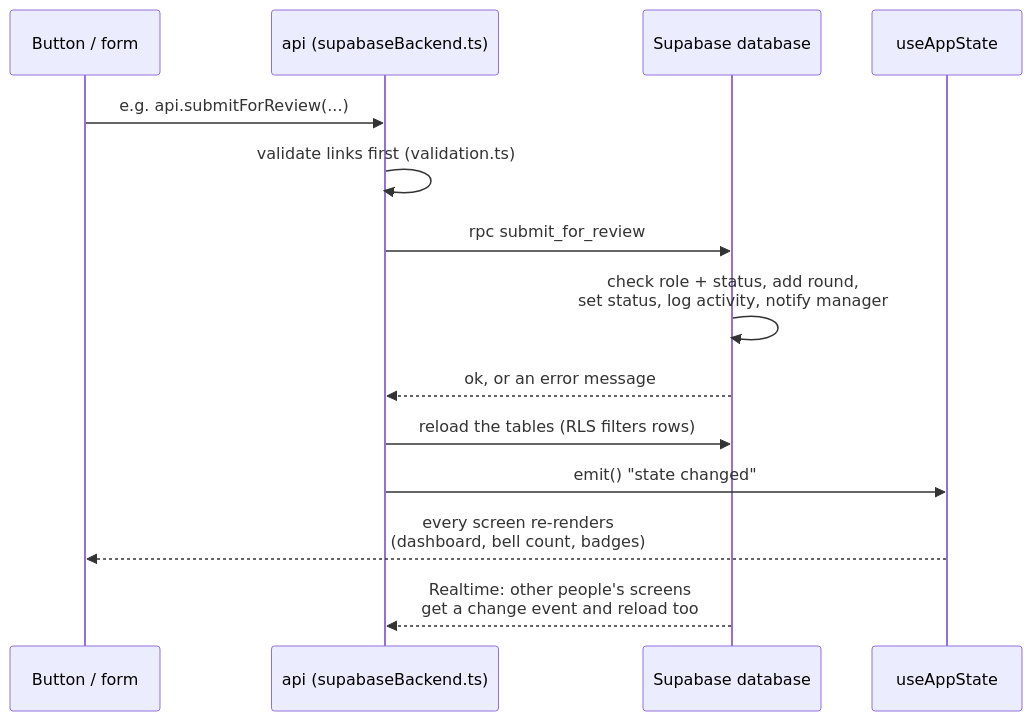
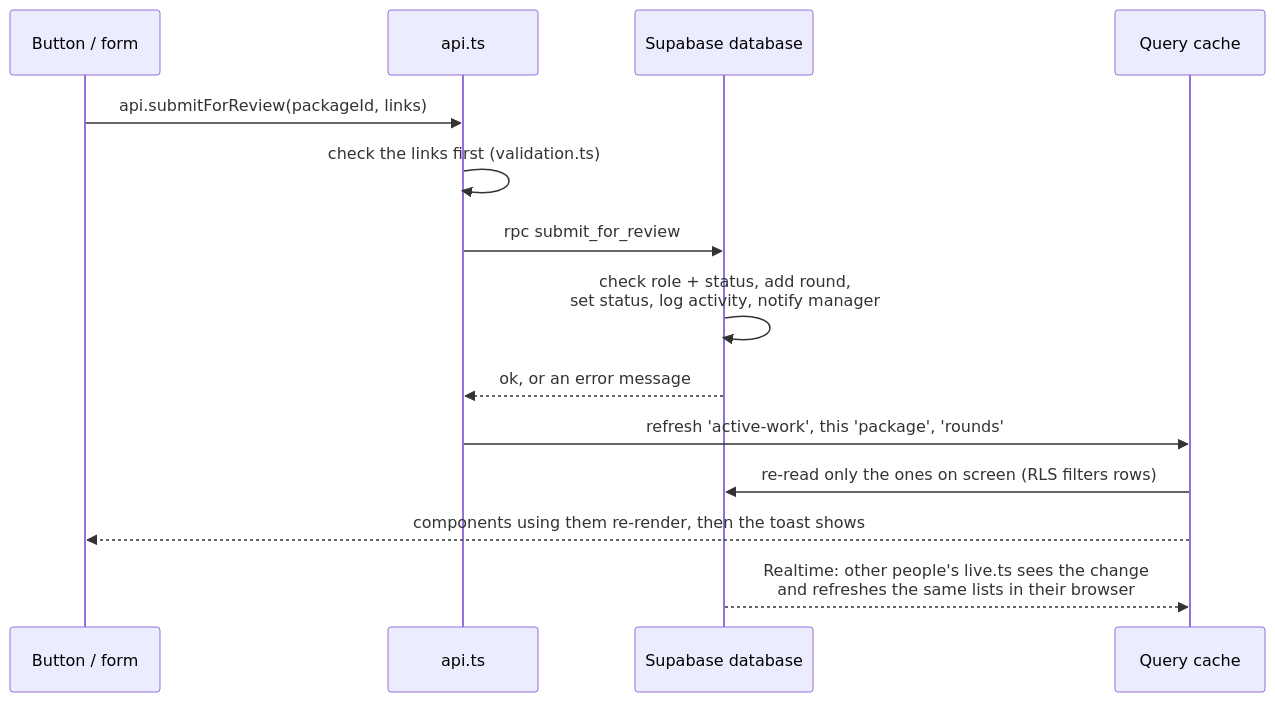
Before and after one commit to Raltss/CnE: the third of 4 diagrams in docs/how-the-app-works.md, drawn with Mermaid. The commit also changed other lines of this file and 77 other files, not shown here.

````diff
--- a/docs/how-the-app-works.md
+++ b/docs/how-the-app-works.md
@@ -73,16 +77,16 @@
 ```mermaid
 sequenceDiagram
     participant UI as Button / form
-    participant API as api (supabaseBackend.ts)
+    participant API as api.ts
     participant DB as Supabase database
-    participant Hook as useAppState
-    UI->>API: e.g. api.submitForReview(...)
-    API->>API: validate links first (validation.ts)
+    participant Cache as Query cache
+    UI->>API: api.submitForReview(packageId, links)
+    API->>API: check the links first (validation.ts)
     API->>DB: rpc submit_for_review
     DB->>DB: check role + status, add round,<br/>set status, log activity, notify manager
     DB-->>API: ok, or an error message
-    API->>DB: reload the tables (RLS filters rows)
-    API->>Hook: emit() "state changed"
-    Hook-->>UI: every screen re-renders<br/>(dashboard, bell count, badges)
-    DB-->>API: Realtime: other people's screens<br/>get a change event and reload too
+    API->>Cache: refresh 'active-work', this 'package', 'rounds'
+    Cache->>DB: re-read only the ones on screen (RLS filters rows)
+    Cache-->>UI: components using them re-render, then the toast shows
+    DB-->>Cache: Realtime: other people's live.ts sees the change<br/>and refreshes the same lists in their browser
 ```
````
